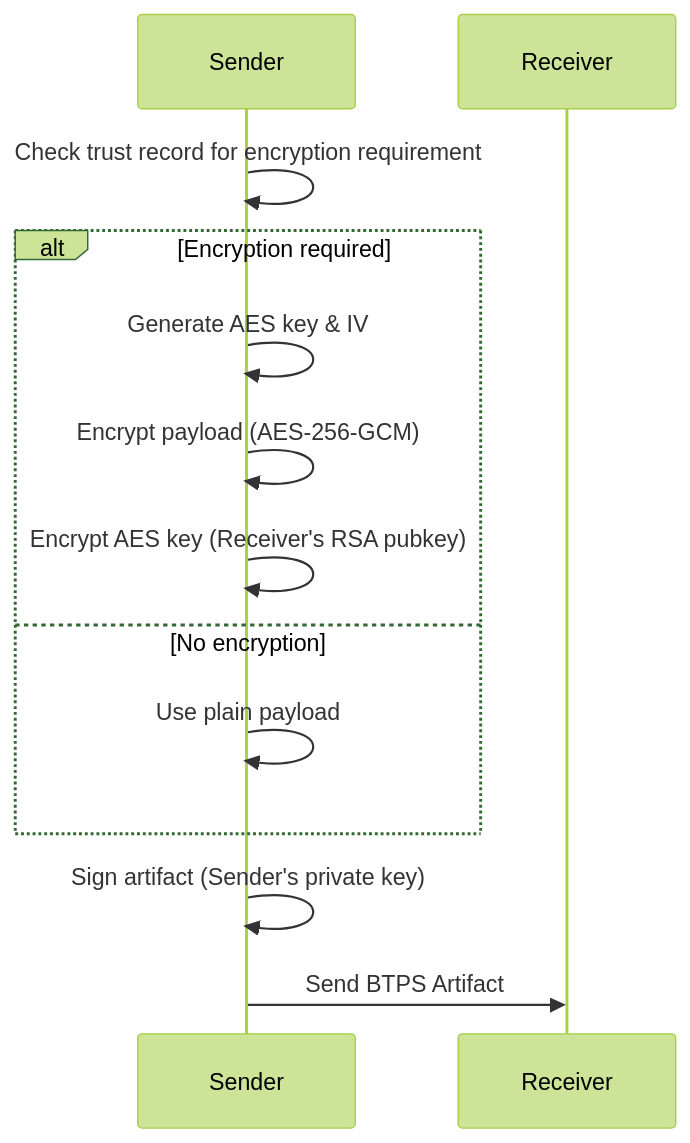
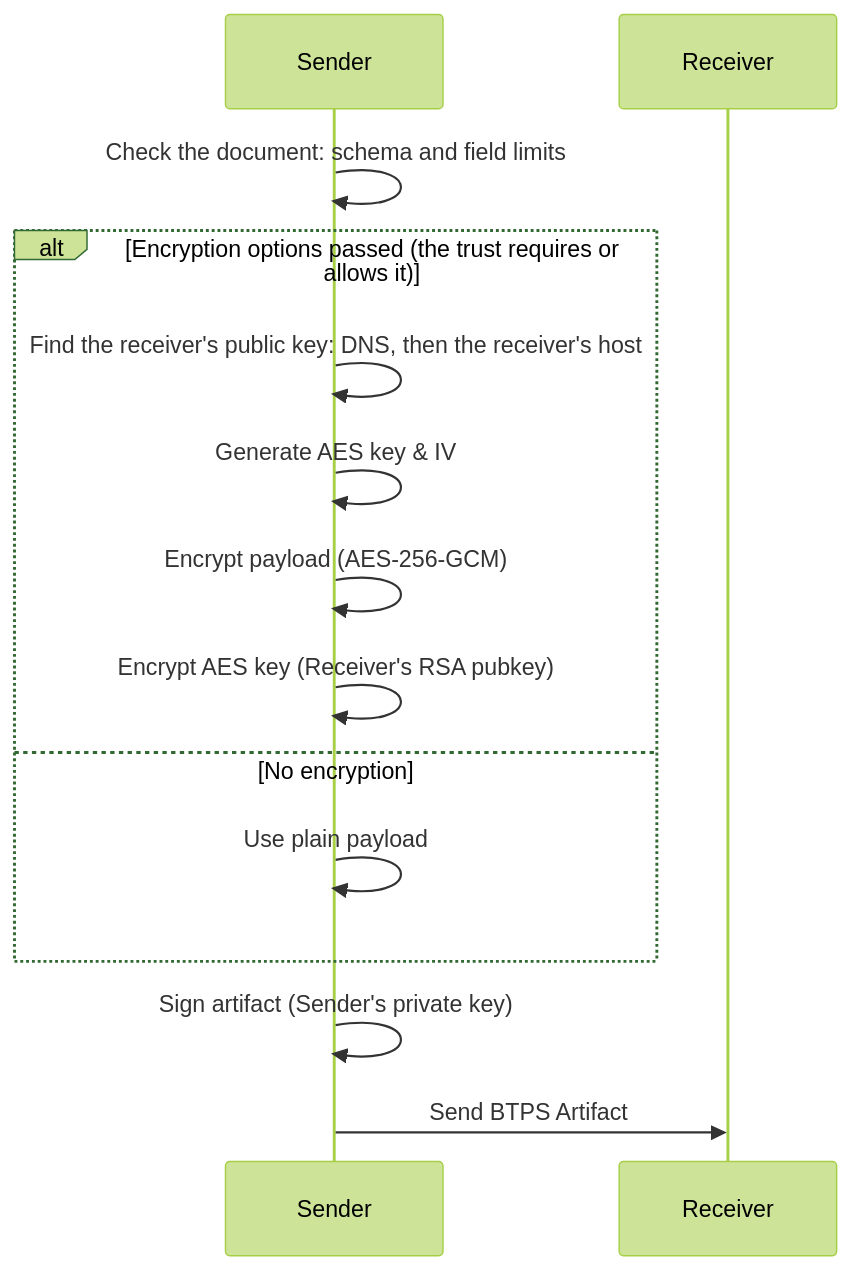
One commit to openbtps/btps-node changed the diagram in docs/docusaurus/docs/protocol/security/encryption.md. Above: the diagram before and after it, drawn with Mermaid (forest theme). The commit also changed other lines of this file and 26 other files, not shown here.

First line of the commit message:
Docs: bring every diagram in line with 1.1

````diff
--- a/docs/docusaurus/docs/protocol/security/encryption.md
+++ b/docs/docusaurus/docs/protocol/security/encryption.md
@@ -37,15 +37,16 @@
 ```mermaid
 sequenceDiagram
     participant Sender
     participant Receiver
-    Sender->>Sender: Check trust record for encryption requirement
-    alt Encryption required
+    Sender->>Sender: Check the document: schema and field limits
+    alt Encryption options passed (the trust requires or allows it)
+        Sender->>Sender: Find the receiver's public key: DNS, then the receiver's host
         Sender->>Sender: Generate AES key & IV
         Sender->>Sender: Encrypt payload (AES-256-GCM)
         Sender->>Sender: Encrypt AES key (Receiver's RSA pubkey)
     else No encryption
         Sender->>Sender: Use plain payload
     end
     Sender->>Sender: Sign artifact (Sender's private key)
     Sender->>Receiver: Send BTPS Artifact
 ```
````
